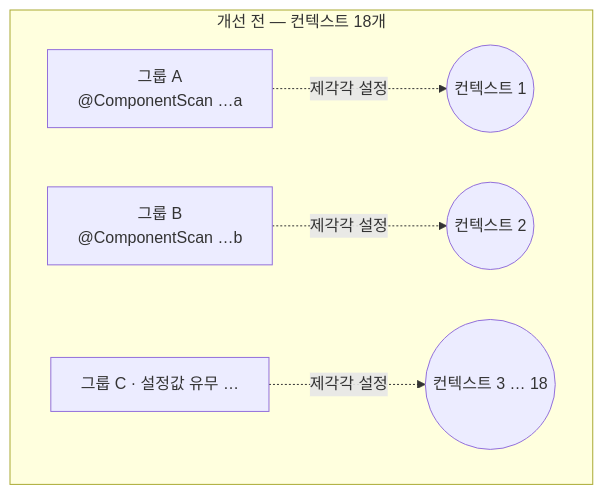
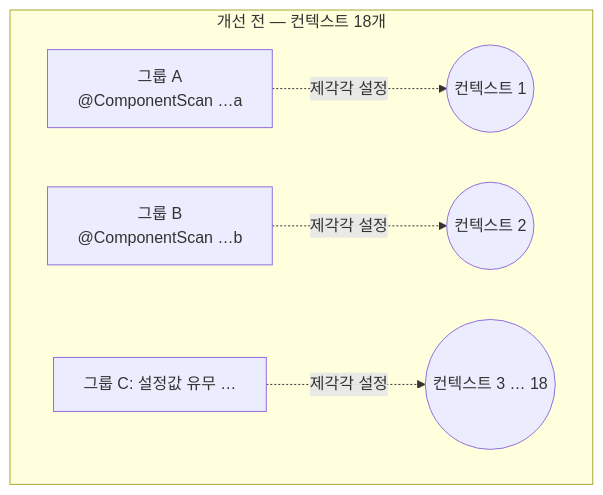
The fourth of 6 diagrams in blog/2026-08-03-spring-datajpatest-context-oom.mdx (johnycho/johny-dev), drawn with Mermaid before and after one commit. The commit also changed other lines of this file and 188 other files, not shown here.

````diff
--- a/blog/2026-08-03-spring-datajpatest-context-oom.mdx
+++ b/blog/2026-08-03-spring-datajpatest-context-oom.mdx
@@ -229,8 +229,8 @@
 ```mermaid
 flowchart TB
     subgraph BEFORE["개선 전 — 컨텍스트 18개"]
         G1["그룹 A<br/>@ComponentScan …a"] -.제각각 설정.-> B1((컨텍스트 1))
         G2["그룹 B<br/>@ComponentScan …b"] -.제각각 설정.-> B2((컨텍스트 2))
-        G3["그룹 C · 설정값 유무 …"] -.제각각 설정.-> B3((컨텍스트 3 … 18))
+        G3["그룹 C: 설정값 유무 …"] -.제각각 설정.-> B3((컨텍스트 3 … 18))
     end
 ```
````
